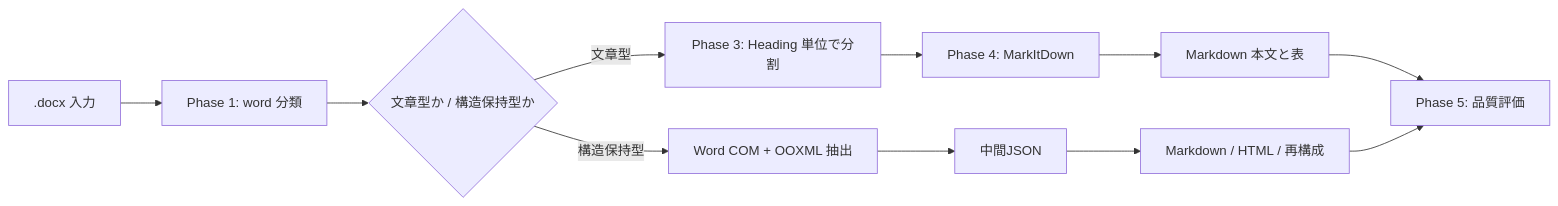
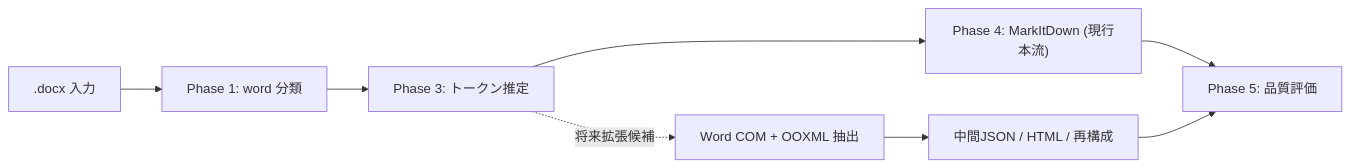
One commit to tudoumono/FileTrimming changed the diagram in docs/拡張子別/docx.md. Above: the diagram before and after it, drawn with Mermaid. The commit also changed other lines of this file and 7 other files, not shown here.

````diff
--- a/docs/拡張子別/docx.md
+++ b/docs/拡張子別/docx.md
@@ -24,13 +25,10 @@
 ```mermaid
 flowchart LR
     A[".docx 入力"] --> B["Phase 1: word 分類"]
-    B --> C{"文章型か / 構造保持型か"}
-    C -->|文章型| D["Phase 3: Heading 単位で分割"]
-    D --> E["Phase 4: MarkItDown"]
-    E --> F["Markdown 本文と表"]
-    C -->|構造保持型| G["Word COM + OOXML 抽出"]
-    G --> H["中間JSON"]
-    H --> I["Markdown / HTML / 再構成"]
-    F --> J["Phase 5: 品質評価"]
-    I --> J
+    B --> C["Phase 3: トークン推定"]
+    C --> D["Phase 4: MarkItDown (現行本流)"]
+    D --> E["Phase 5: 品質評価"]
+    C -. 将来拡張候補 .-> F["Word COM + OOXML 抽出"]
+    F --> G["中間JSON / HTML / 再構成"]
+    G --> E
 ```
````
